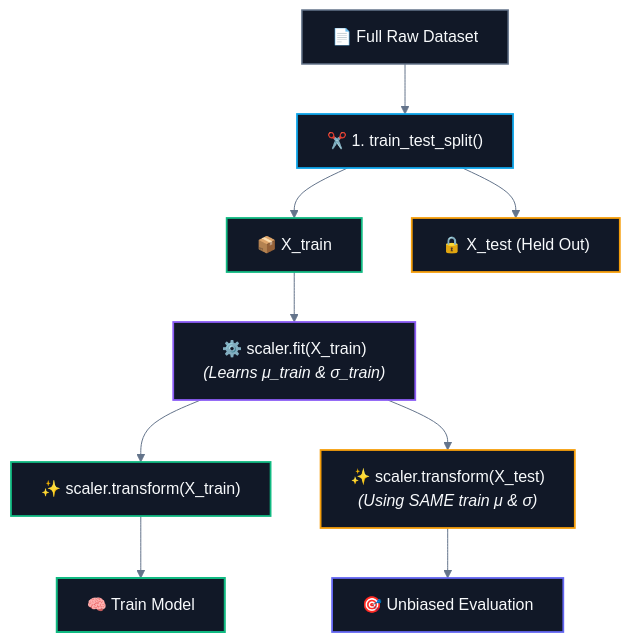
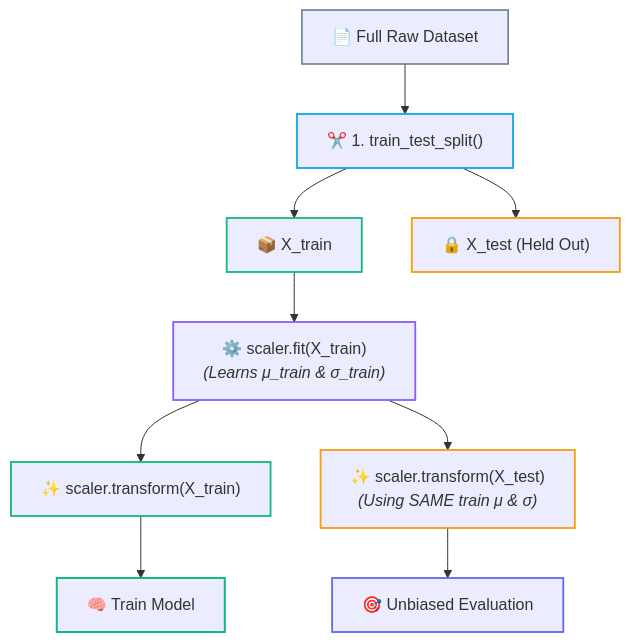
Before and after one commit to abhinavbharti2345/CS_Notes: the second of 2 diagrams in CS/AI & ML/02. Data Preprocessing/04. Feature Scaling.md, drawn with Mermaid. The commit also changed other lines of this file and 91 other files, not shown here.

````diff
--- a/CS/AI & ML/02. Data Preprocessing/04. Feature Scaling.md
+++ b/CS/AI & ML/02. Data Preprocessing/04. Feature Scaling.md
@@ -151,32 +150,31 @@
 ```mermaid
-%%{init: {'theme': 'base', 'themeVariables': { 'darkMode': true, 'background': '#0B0F14', 'mainBkg': '#111827', 'primaryColor': '#111827', 'primaryTextColor': '#F8FAFC', 'primaryBorderColor': '#38BDF8', 'lineColor': '#64748B', 'secondaryColor': '#0B0F14', 'tertiaryColor': '#0B0F14', 'clusterBkg': '#0B0F14', 'clusterBorder': '#38BDF8' }}}%%
 flowchart TD
     Raw["📄 Full Raw Dataset"] --> Split["✂️ 1. train_test_split()"]
     
     Split --> Train["📦 X_train"]
     Split --> Test["🔒 X_test (Held Out)"]
     
     Train --> Fit["⚙️ scaler.fit(X_train)<br><i>(Learns μ_train & σ_train)</i>"]
     
     Fit --> TransTrain["✨ scaler.transform(X_train)"]
     Fit --> TransTest["✨ scaler.transform(X_test)<br><i>(Using SAME train μ & σ)</i>"]
     
     TransTrain --> Model["🧠 Train Model"]
     TransTest --> Eval["🎯 Unbiased Evaluation"]
 
-    classDef raw fill:#111827,stroke:#64748b,stroke-width:1.5px,color:#F8FAFC;
-    classDef split fill:#111827,stroke:#0ea5e9,stroke-width:1.8px,color:#F8FAFC;
-    classDef train fill:#111827,stroke:#10b981,stroke-width:1.8px,color:#F8FAFC;
-    classDef test fill:#111827,stroke:#f59e0b,stroke-width:1.8px,color:#F8FAFC;
-    classDef fit fill:#111827,stroke:#8b5cf6,stroke-width:1.8px,color:#F8FAFC;
-    classDef model fill:#111827,stroke:#10b981,stroke-width:2px,color:#F8FAFC;
-    classDef eval fill:#111827,stroke:#6366f1,stroke-width:1.8px,color:#F8FAFC;
+    classDef raw stroke:#64748b,stroke-width:1.5px;
+    classDef split stroke:#0ea5e9,stroke-width:1.8px;
+    classDef train stroke:#10b981,stroke-width:1.8px;
+    classDef test stroke:#f59e0b,stroke-width:1.8px;
+    classDef fit stroke:#8b5cf6,stroke-width:1.8px;
+    classDef model stroke:#10b981,stroke-width:2px;
+    classDef eval stroke:#6366f1,stroke-width:1.8px;
 
     class Raw raw;
     class Split split;
     class Train,TransTrain train;
     class Test,TransTest test;
     class Fit fit;
     class Model model;
     class Eval eval;
 ```
````
